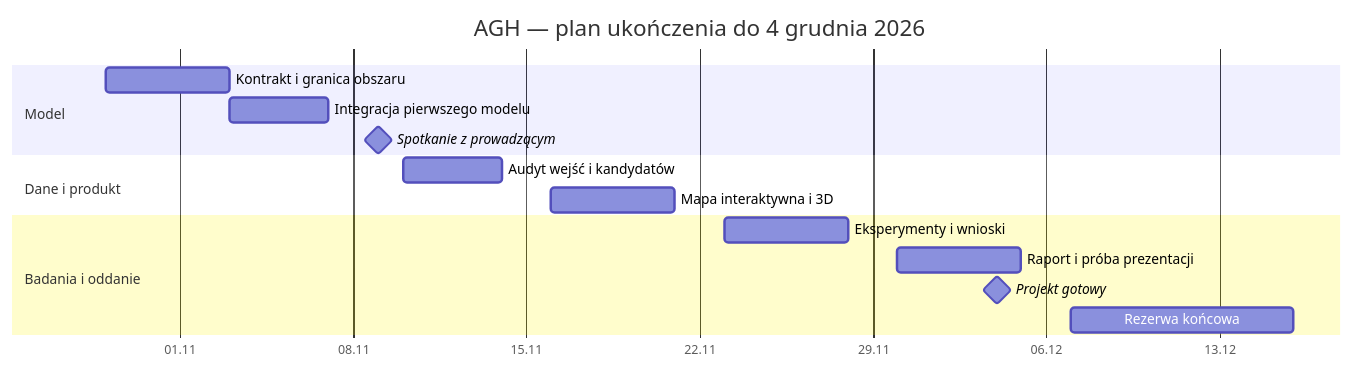
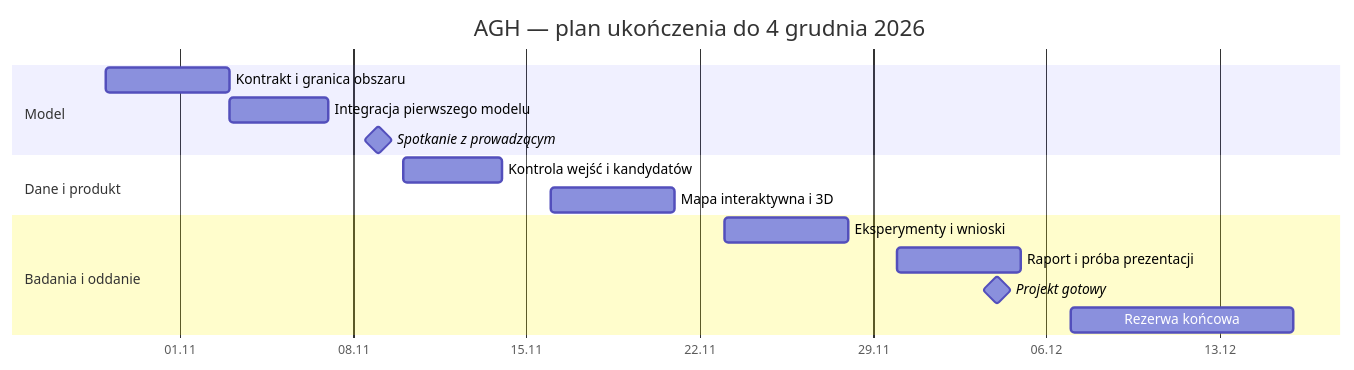
The diagram in docs/ROADMAP.md (karolbystrek/algorytmy-inspirowane-natura-projekt), drawn with Mermaid before and after one commit. The commit also changed other lines of this file and 21 other files, not shown here.

````diff
--- a/docs/ROADMAP.md
+++ b/docs/ROADMAP.md
@@ -52,18 +52,18 @@
 ```mermaid
 gantt
     title AGH — plan ukończenia do 4 grudnia 2026
     dateFormat YYYY-MM-DD
     axisFormat %d.%m
     section Model
     Kontrakt i granica obszaru :a, 2026-10-29, 2026-11-03
     Integracja pierwszego modelu :b, 2026-11-03, 2026-11-07
     Spotkanie z prowadzącym :milestone, 2026-11-09, 0d
     section Dane i produkt
-    Audyt wejść i kandydatów :c, 2026-11-10, 2026-11-14
+    Kontrola wejść i kandydatów :c, 2026-11-10, 2026-11-14
     Mapa interaktywna i 3D :d, 2026-11-16, 2026-11-21
     section Badania i oddanie
     Eksperymenty i wnioski :e, 2026-11-23, 2026-11-28
     Raport i próba prezentacji :f, 2026-11-30, 2026-12-05
     Projekt gotowy :milestone, 2026-12-04, 0d
     Rezerwa końcowa :g, 2026-12-07, 2026-12-16
 ```
````
